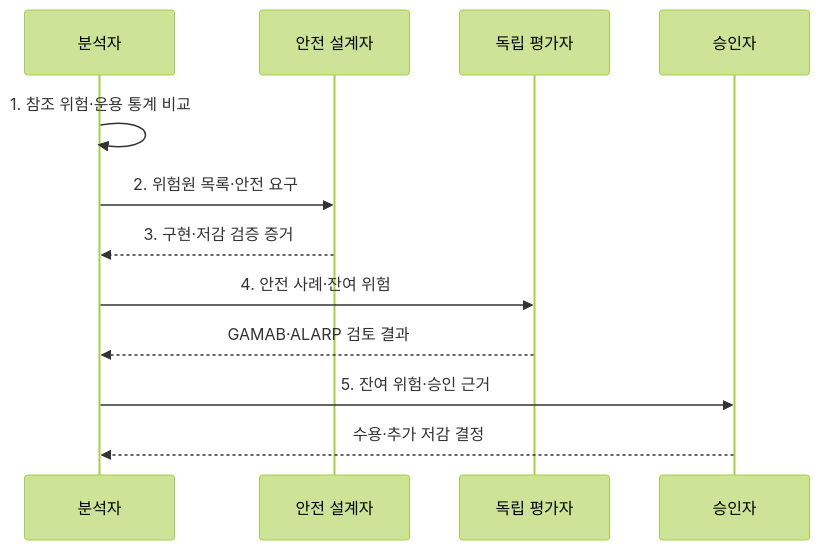
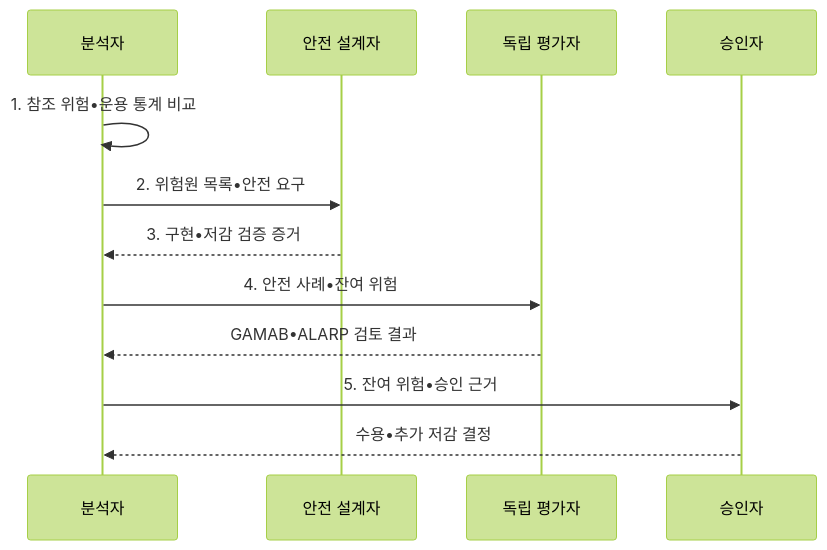
The second of 2 diagrams in src/content/docs/notes/03-software/077_software_safety_gamab_alarp.md (agnusdei1207/knowledge-base), drawn with Mermaid (forest theme) before and after one commit. The commit also changed other lines of this file and 953 other files, not shown here.

````diff
--- a/src/content/docs/notes/03-software/077_software_safety_gamab_alarp.md
+++ b/src/content/docs/notes/03-software/077_software_safety_gamab_alarp.md
@@ -101,14 +101,14 @@
 ```mermaid
 sequenceDiagram
     participant A as 분석자
     participant S as 안전 설계자
     participant V as 독립 평가자
     participant R as 승인자
-    A->>A: 1. 참조 위험·운용 통계 비교
-    A->>S: 2. 위험원 목록·안전 요구
-    S-->>A: 3. 구현·저감 검증 증거
-    A->>V: 4. 안전 사례·잔여 위험
-    V-->>A: GAMAB·ALARP 검토 결과
-    A->>R: 5. 잔여 위험·승인 근거
-    R-->>A: 수용·추가 저감 결정
+    A->>A: 1. 참조 위험•운용 통계 비교
+    A->>S: 2. 위험원 목록•안전 요구
+    S-->>A: 3. 구현•저감 검증 증거
+    A->>V: 4. 안전 사례•잔여 위험
+    V-->>A: GAMAB•ALARP 검토 결과
+    A->>R: 5. 잔여 위험•승인 근거
+    R-->>A: 수용•추가 저감 결정
 ```
````
